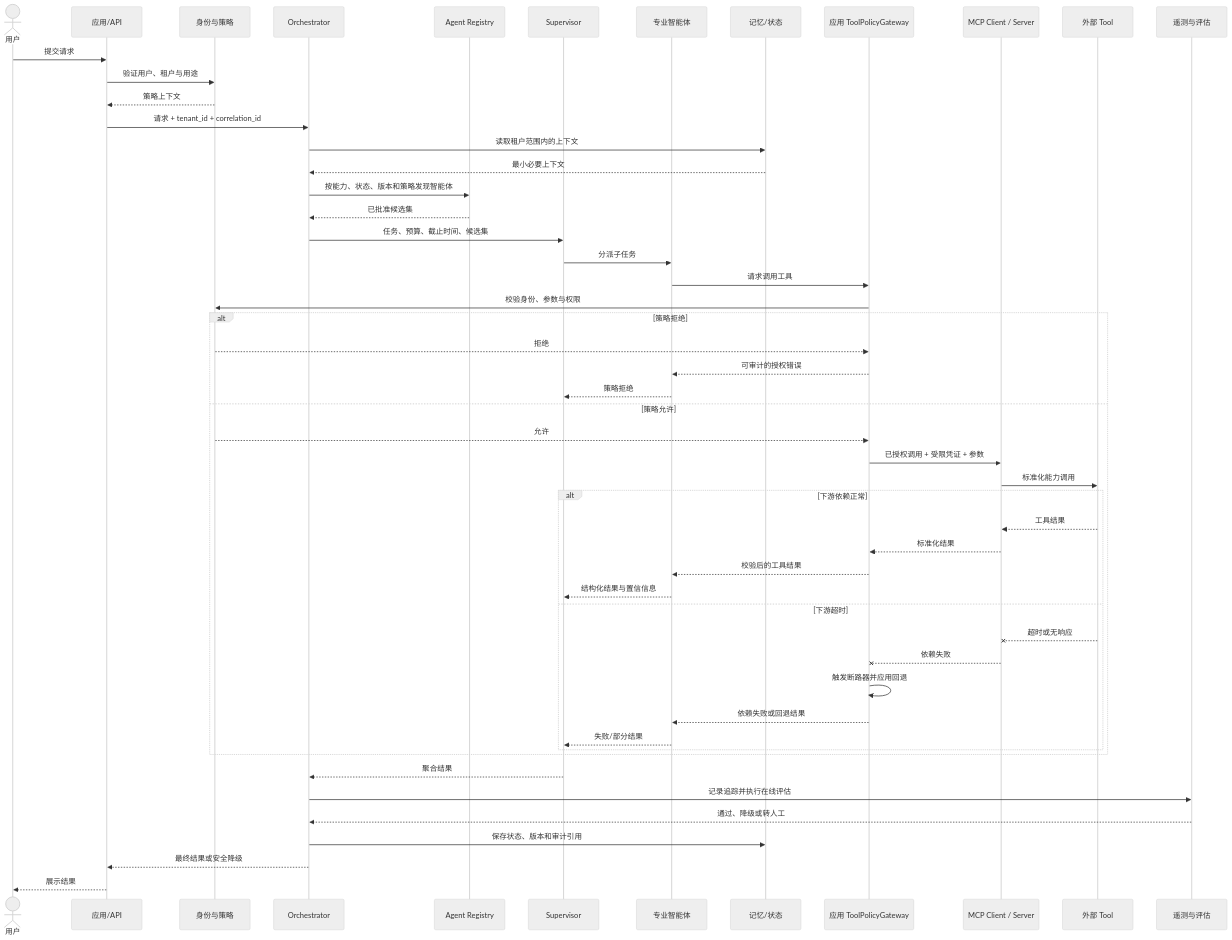
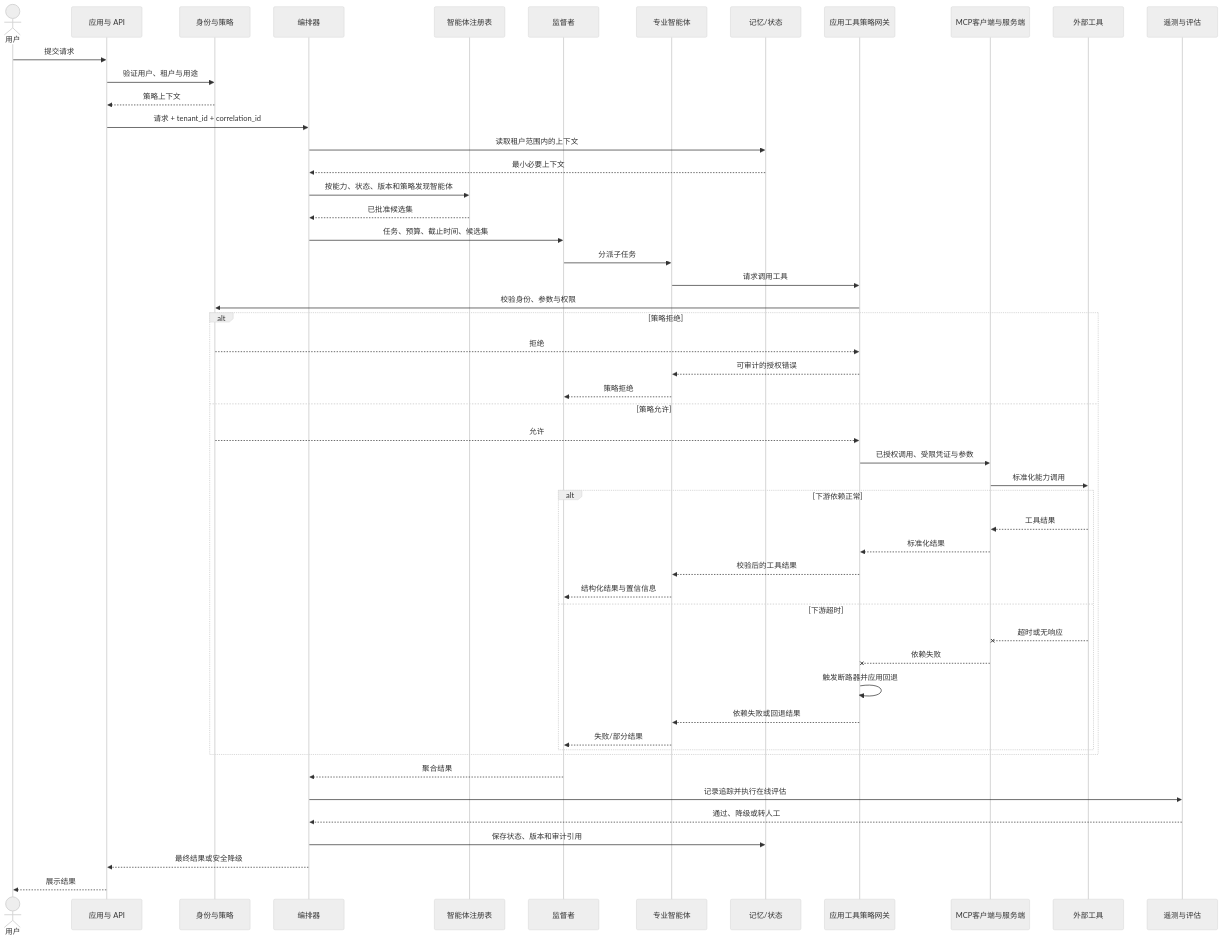
The second of 2 diagrams in content/cases/microsoft-multi-agent-reference-architecture.mdx (sealday/tego-arch), drawn with Mermaid (neutral theme) before and after one commit. The commit also changed other lines of this file and 73 other files, not shown here.

````diff
--- a/content/cases/microsoft-multi-agent-reference-architecture.mdx
+++ b/content/cases/microsoft-multi-agent-reference-architecture.mdx
@@ -217,58 +217,58 @@
 ```mermaid
 sequenceDiagram
   accTitle: 受控多智能体任务流与分层失败处理
   accDescr: 请求先完成租户策略校验和智能体发现；专业智能体获准后调用外部工具，策略拒绝与工具超时或熔断分别处理。
 
   actor U as 用户
-  participant App as 应用/API
+  participant App as 应用与 API
   participant P as 身份与策略
-  participant O as Orchestrator
-  participant R as Agent Registry
-  participant S as Supervisor
+  participant O as 编排器
+  participant R as 智能体注册表
+  participant S as 监督者
   participant A as 专业智能体
   participant M as 记忆/状态
-  participant G as 应用 ToolPolicyGateway
-  participant C as MCP Client / Server
-  participant T as 外部 Tool
+  participant G as 应用工具策略网关
+  participant C as MCP客户端与服务端
+  participant T as 外部工具
   participant E as 遥测与评估
 
   U->>App: 提交请求
   App->>P: 验证用户、租户与用途
   P-->>App: 策略上下文
   App->>O: 请求 + tenant_id + correlation_id
   O->>M: 读取租户范围内的上下文
   M-->>O: 最小必要上下文
   O->>R: 按能力、状态、版本和策略发现智能体
   R-->>O: 已批准候选集
   O->>S: 任务、预算、截止时间、候选集
   S->>A: 分派子任务
   A->>G: 请求调用工具
   G->>P: 校验身份、参数与权限
   alt 策略拒绝
     P-->>G: 拒绝
     G-->>A: 可审计的授权错误
     A-->>S: 策略拒绝
   else 策略允许
     P-->>G: 允许
-    G->>C: 已授权调用 + 受限凭证 + 参数
+    G->>C: 已授权调用、受限凭证与参数
     C->>T: 标准化能力调用
     alt 下游依赖正常
       T-->>C: 工具结果
       C-->>G: 标准化结果
       G-->>A: 校验后的工具结果
       A-->>S: 结构化结果与置信信息
     else 下游超时
       T--xC: 超时或无响应
       C--xG: 依赖失败
       G->>G: 触发断路器并应用回退
       G-->>A: 依赖失败或回退结果
       A-->>S: 失败/部分结果
     end
   end
   S-->>O: 聚合结果
   O->>E: 记录追踪并执行在线评估
   E-->>O: 通过、降级或转人工
   O->>M: 保存状态、版本和审计引用
   O-->>App: 最终结果或安全降级
   App-->>U: 展示结果
 ```
````
